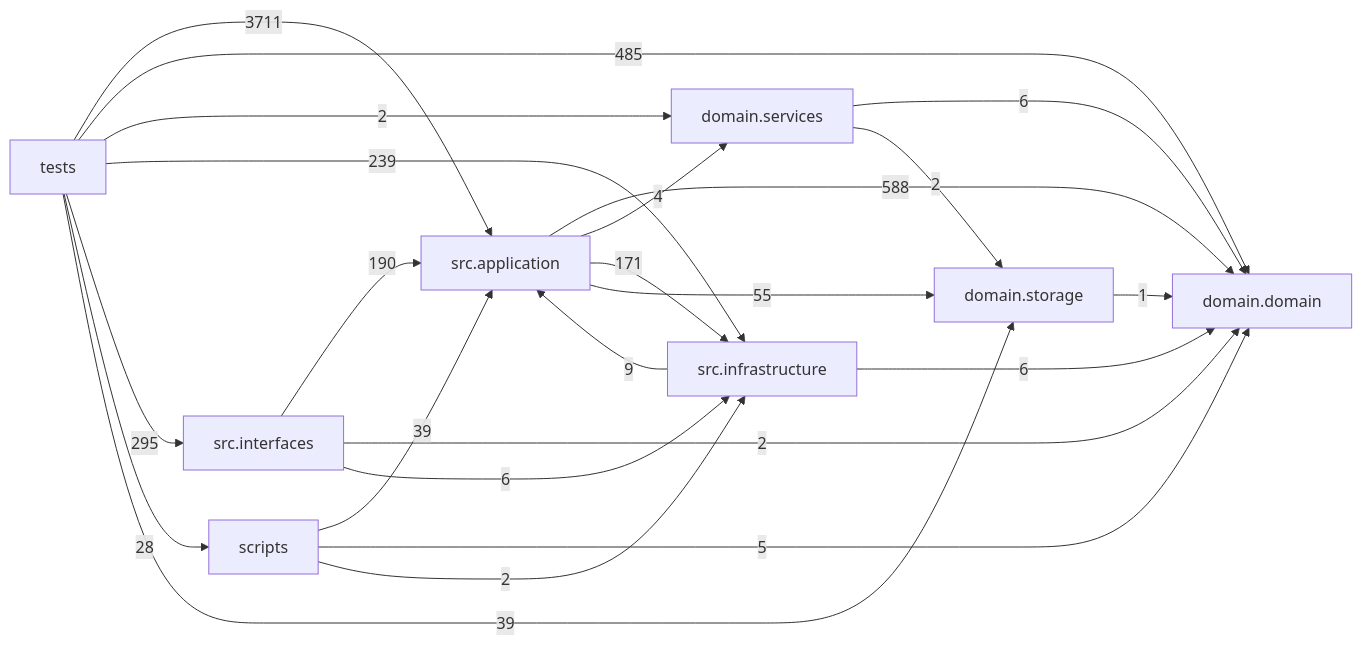
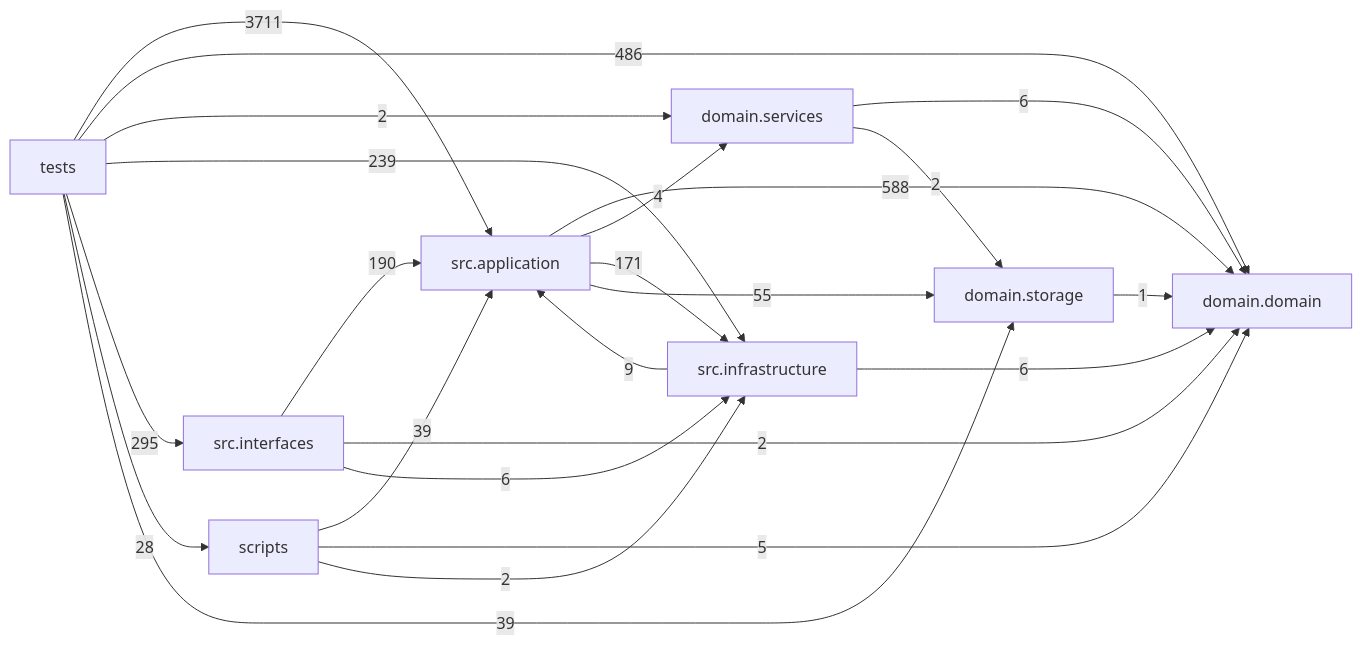
One commit to liuxie066/options-monitor changed the diagram in docs/DEPENDENCY_GRAPH.md. Above: the diagram before and after it, drawn with Mermaid. The commit also changed other lines of this file and 4 other files, not shown here.

````diff
--- a/docs/DEPENDENCY_GRAPH.md
+++ b/docs/DEPENDENCY_GRAPH.md
@@ -24,33 +24,33 @@
 ```mermaid
 flowchart LR
   tests["tests"]
   scripts["scripts"]
   interfaces["src.interfaces"]
   application["src.application"]
   infrastructure["src.infrastructure"]
   domain_services["domain.services"]
   domain["domain.domain"]
   storage["domain.storage"]
   application -->|588| domain
   application -->|4| domain_services
   application -->|171| infrastructure
   application -->|55| storage
   domain_services -->|6| domain
   domain_services -->|2| storage
   infrastructure -->|9| application
   infrastructure -->|6| domain
   interfaces -->|190| application
   interfaces -->|2| domain
   interfaces -->|6| infrastructure
   scripts -->|39| application
   scripts -->|5| domain
   scripts -->|2| infrastructure
   storage -->|1| domain
   tests -->|3711| application
-  tests -->|485| domain
+  tests -->|486| domain
   tests -->|2| domain_services
   tests -->|239| infrastructure
   tests -->|295| interfaces
   tests -->|28| scripts
   tests -->|39| storage
 ```
````
